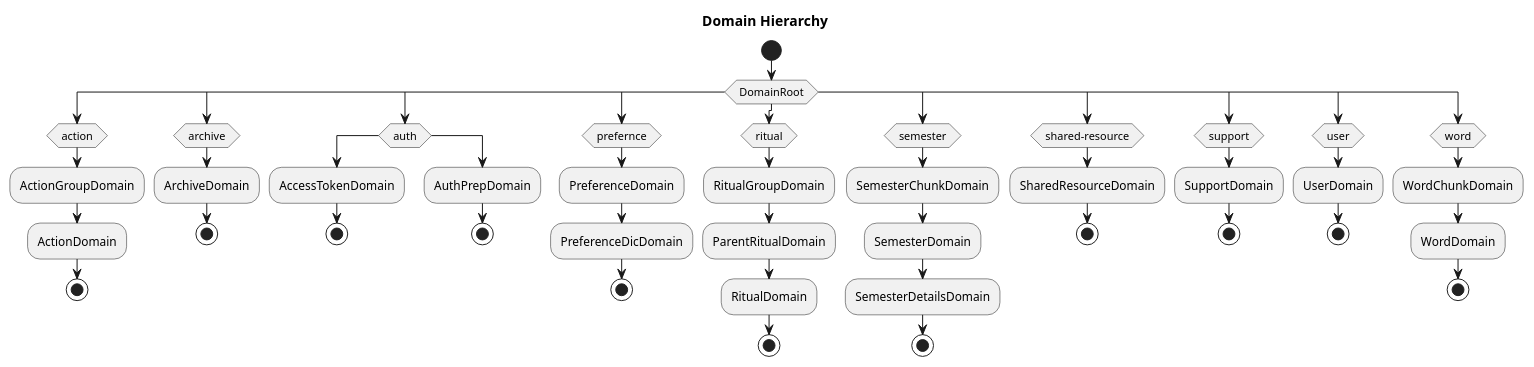
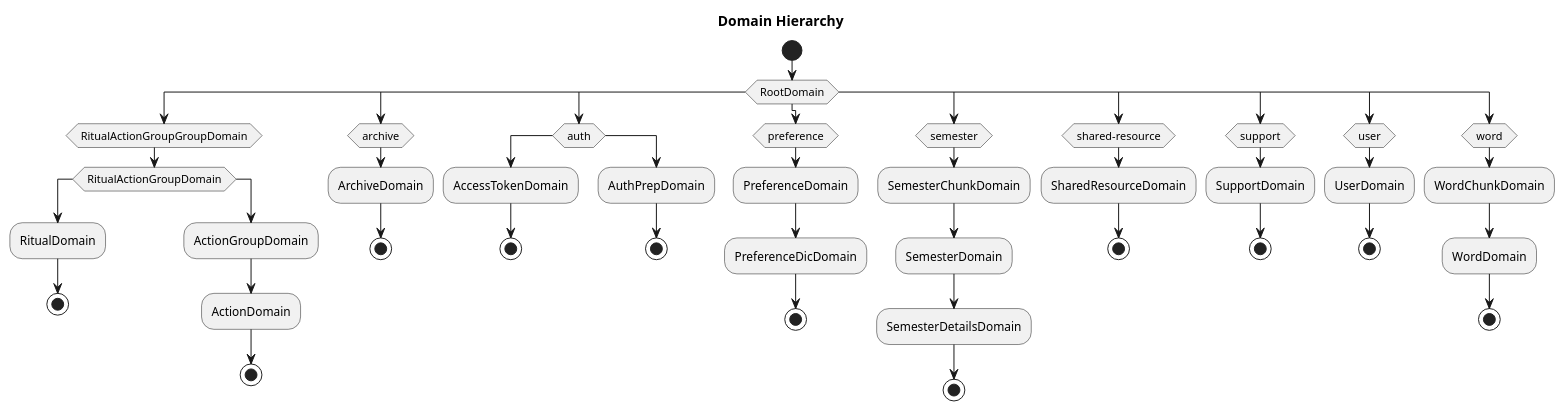
The diagram in dev_api/domains/index.hierarchy.md (ajktown/docs), drawn with PlantUML before and after one commit.

First paragraph of the commit message:
Doc: Domain Hierarchy Synced (#117)
# Background
I've made naming changes in the following PR:
https://github.com/ajktown/api/pull/164. Now I want to make sure the
documentation is well synced.

````diff
--- a/dev_api/domains/index.hierarchy.md
+++ b/dev_api/domains/index.hierarchy.md
@@ -17,82 +17,80 @@
 ```plantuml
 @startuml
 
 title Domain Hierarchy
 
 start
-switch ( DomainRoot )
+switch ( RootDomain )
 case ()
-  switch ( action )
-  case ()
-    :ActionGroupDomain;
-    :ActionDomain;
-    stop
+  switch ( RitualActionGroupGroupDomain )
+    case ()
+    switch ( RitualActionGroupDomain )
+      case ()
+        :RitualDomain;
+        stop
+      case ()
+        :ActionGroupDomain;
+        :ActionDomain;
+        stop
+      endswitch
   endswitch
 case ()
   switch ( archive )
   case ()
     :ArchiveDomain;
     stop
   endswitch
 case ()
   switch ( auth )
   case ()
     :AccessTokenDomain;
     stop
   case ()
     :AuthPrepDomain;
     stop
   endswitch
 case ()
-  switch ( prefernce )
+  switch ( preference )
   case ()
     :PreferenceDomain;
     :PreferenceDicDomain;
-    stop
-  endswitch
-case ()
-  switch ( ritual )
-  case ()
-    :RitualGroupDomain;
-    :ParentRitualDomain;
-    :RitualDomain;
     stop
   endswitch
 case ()
   switch ( semester )
   case ()
     :SemesterChunkDomain;
     :SemesterDomain;
     :SemesterDetailsDomain;
     stop
   endswitch
 case ()
   switch ( shared-resource )
   case ()
     :SharedResourceDomain;
     stop
   endswitch
 case ()
   switch ( support )
   case ()
     :SupportDomain;
     stop
   endswitch
 case ()
   switch ( user )
   case ()
     :UserDomain;
     stop
   endswitch
 case ()
   switch ( word )
   case ()
     :WordChunkDomain;
     :WordDomain;
     stop
   endswitch
 endswitch
 
 @enduml
 
 ```
````
